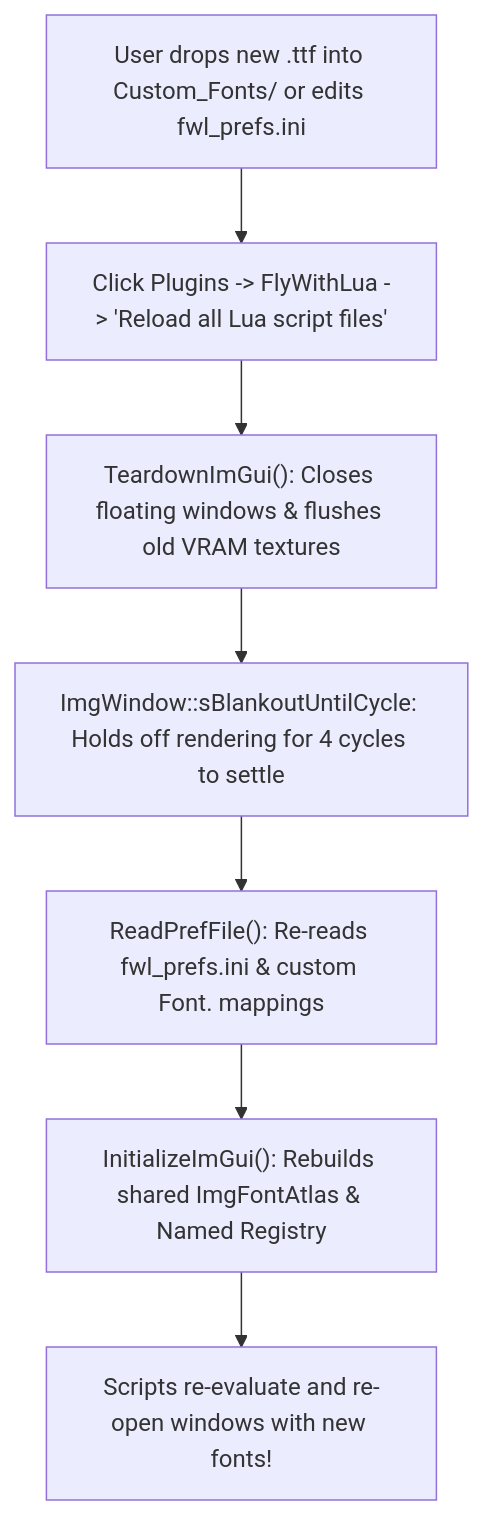
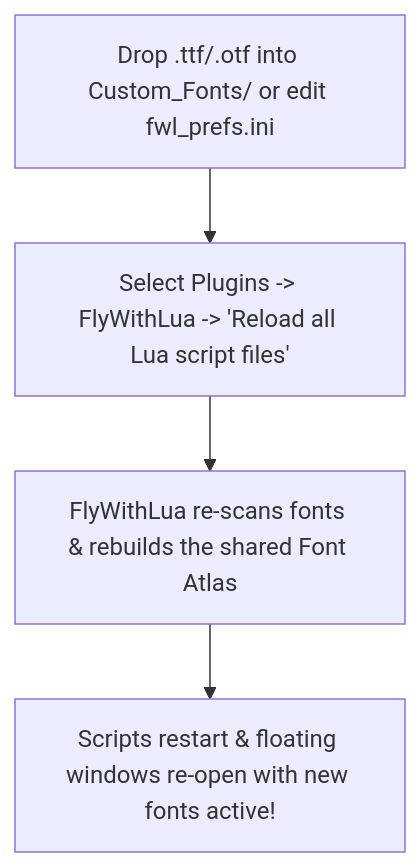
Before and after one commit to X-Friese/FlyWithLua: the diagram in FlyWithLua/Documentation/FlyWithLua_Dear_ImGui_Font_Guide.md, drawn with Mermaid. The commit also changed other lines of this file and 3 other files, not shown here.

Commit message:
docs: Polish Contrib UX Guide and Font Guide PDFs and user documentation

````diff
--- a/FlyWithLua/Documentation/FlyWithLua_Dear_ImGui_Font_Guide.md
+++ b/FlyWithLua/Documentation/FlyWithLua_Dear_ImGui_Font_Guide.md
@@ -211,9 +222,6 @@
 ```mermaid
 flowchart TD
-    A["User drops new .ttf into Custom_Fonts/ or edits fwl_prefs.ini"] --> B["Click Plugins -> FlyWithLua -> 'Reload all Lua script files'"]
-    B --> C["TeardownImGui(): Closes floating windows & flushes old VRAM textures"]
-    C --> D["ImgWindow::sBlankoutUntilCycle: Holds off rendering for 4 cycles to settle"]
-    D --> E["ReadPrefFile(): Re-reads fwl_prefs.ini & custom Font.<Alias> mappings"]
-    E --> F["InitializeImGui(): Rebuilds shared ImgFontAtlas & Named Registry"]
-    F --> G["Scripts re-evaluate and re-open windows with new fonts!"]
+    A["Drop .ttf/.otf into Custom_Fonts/ or edit fwl_prefs.ini"] --> B["Select Plugins -> FlyWithLua -> 'Reload all Lua script files'"]
+    B --> C["FlyWithLua re-scans fonts & rebuilds the shared Font Atlas"]
+    C --> D["Scripts restart & floating windows re-open with new fonts active!"]
 ```
````
